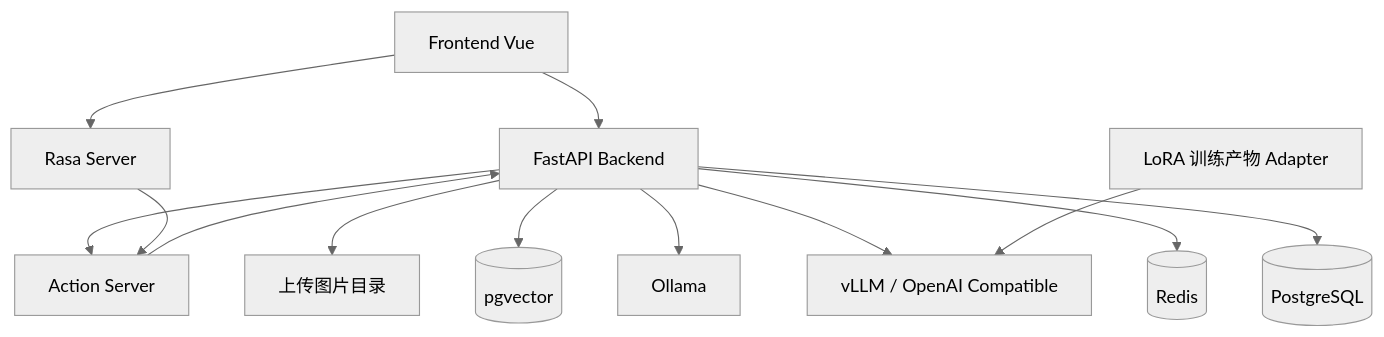
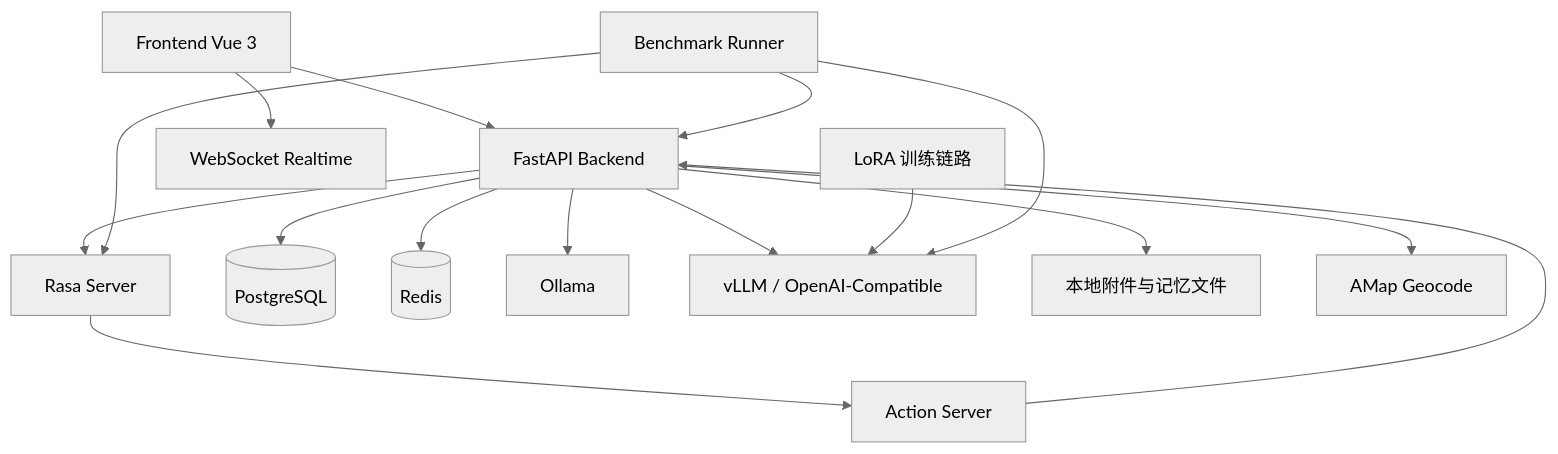
Before and after one commit to MAK1MAAaa/Rasa-EC-bot: the diagram in design.md, drawn with Mermaid (neutral theme). The commit also changed other lines of this file and 148 other files, not shown here.

````diff
--- a/design.md
+++ b/design.md
@@ -98,15 +31,18 @@
 ```mermaid
 graph TD
-    A[Frontend Vue] --> B[FastAPI Backend]
-    A --> C[Rasa Server]
-    B --> D[(PostgreSQL)]
-    B --> E[(Redis)]
-    B --> F[Ollama]
-    B --> L[vLLM / OpenAI Compatible]
-    B --> G[Action Server]
-    G --> B
-    C --> G
-    B --> H[(pgvector)]
-    B --> I[上传图片目录]
-    J[LoRA 训练产物 Adapter] --> L
+    A[Frontend Vue 3] --> B[FastAPI Backend]
+    A --> W[WebSocket Realtime]
+    B --> C[Rasa Server]
+    C --> D[Action Server]
+    D --> B
+    B --> E[(PostgreSQL)]
+    B --> F[(Redis)]
+    B --> G[Ollama]
+    B --> H[vLLM / OpenAI-Compatible]
+    B --> I[本地附件与记忆文件]
+    B --> J[AMap Geocode]
+    K[LoRA 训练链路] --> H
+    L[Benchmark Runner] --> B
+    L --> C
+    L --> H
 ```
````
